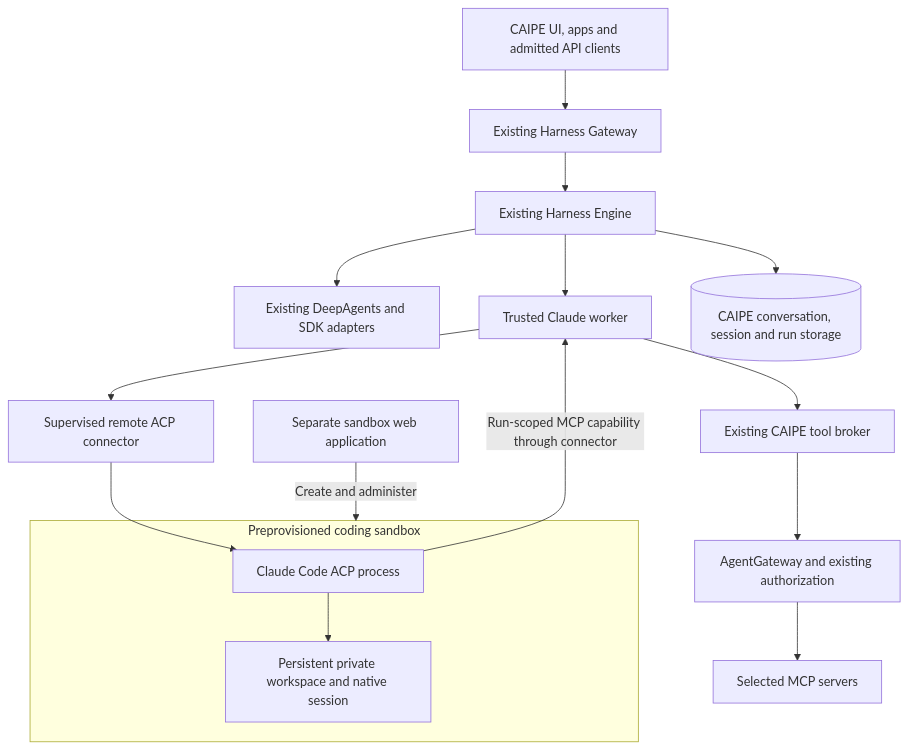
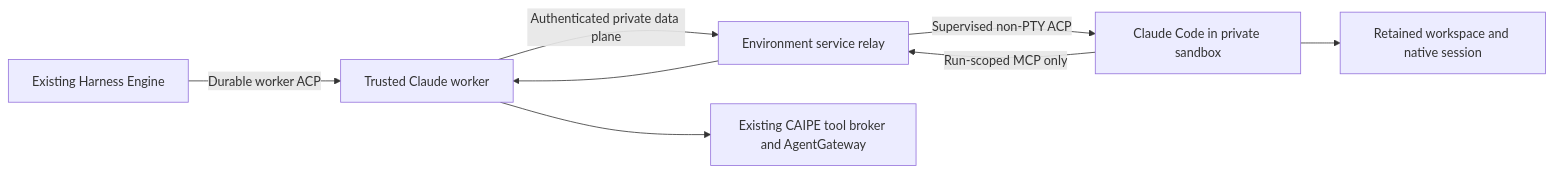
One commit to caipe-io/ai-platform-engineering changed the diagram in docs/docs/architecture/preprovisioned-acp-sandboxes.md. Above: the diagram before and after it, drawn with Mermaid. The commit also changed other lines of this file and 19 other files, not shown here.

Commit message:
feat(harness): guide sandbox connection in chat

````diff
--- a/docs/docs/architecture/preprovisioned-acp-sandboxes.md
+++ b/docs/docs/architecture/preprovisioned-acp-sandboxes.md
@@ -25,20 +44,10 @@
 ```mermaid
-flowchart TB
-    Client["CAIPE UI, apps and admitted API clients"] --> Gateway["Existing Harness Gateway"]
-    Gateway --> Engine["Existing Harness Engine"]
-    Engine --> Native["Existing DeepAgents and SDK adapters"]
-    Engine --> Worker["Trusted Claude worker"]
-    Worker --> Connector["Supervised remote ACP connector"]
-    Connector --> Claude["Claude Code ACP process"]
-    Claude --> Files["Persistent private workspace and native session"]
-    App["Separate sandbox web application"] -->|"Create and administer"| Environment
-    subgraph Environment["Preprovisioned coding sandbox"]
-      Claude
-      Files
-    end
-    Engine --> DB[("CAIPE conversation, session and run storage")]
-    Worker --> Broker["Existing CAIPE tool broker"]
-    Broker --> AgentGateway["AgentGateway and existing authorization"]
-    Claude -->|"Run-scoped MCP capability through connector"| Worker
-    AgentGateway --> MCP["Selected MCP servers"]
+flowchart LR
+    Engine["Existing Harness Engine"] -->|"Durable worker ACP"| Worker["Trusted Claude worker"]
+    Worker -->|"Authenticated private data plane"| Relay["Environment service relay"]
+    Relay -->|"Supervised non-PTY ACP"| Claude["Claude Code in private sandbox"]
+    Claude --> Files["Retained workspace and native session"]
+    Claude -->|"Run-scoped MCP only"| Relay
+    Relay --> Worker
+    Worker --> Broker["Existing CAIPE tool broker and AgentGateway"]
 ```
````
